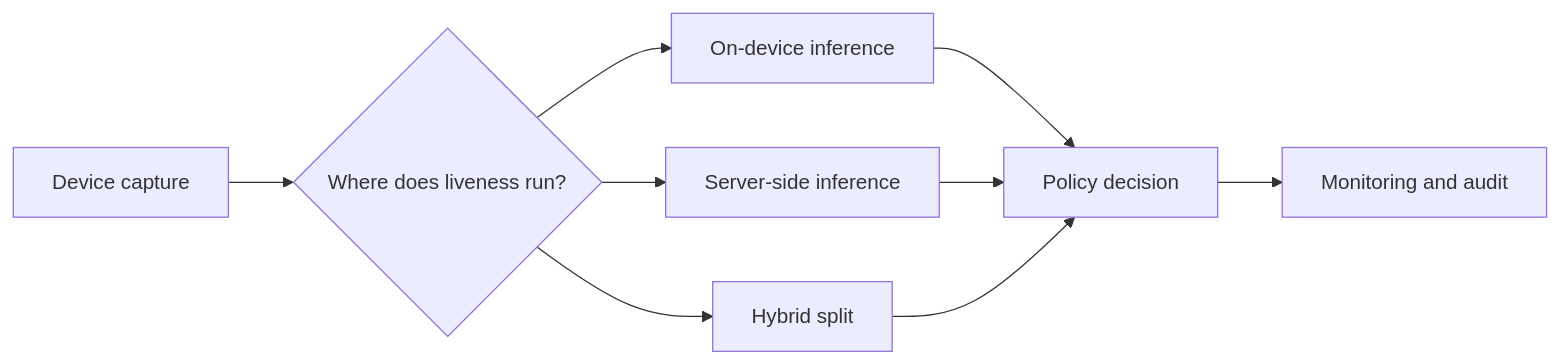
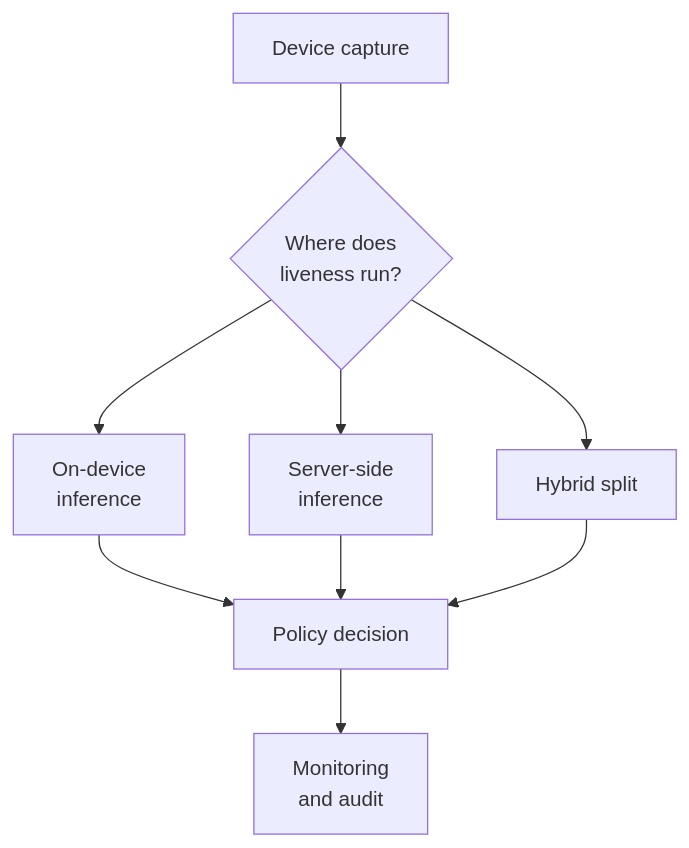
One commit to Nivratti/ekyc-face-liveness-playbook changed the diagram in docs/03-deployment-guide.md. Above: the diagram before and after it, drawn with Mermaid. The commit also changed 31 other files, not shown here.

Commit message:
docs: improve mermaid diagram readability by converting wide flows to vertical layouts

````diff
--- a/docs/03-deployment-guide.md
+++ b/docs/03-deployment-guide.md
@@ -80,11 +80,11 @@
 ```mermaid
-flowchart LR
-    A[Device capture] --> B{Where does liveness run?}
-    B --> C[On-device inference]
-    B --> D[Server-side inference]
+flowchart TB
+    A[Device capture] --> B{Where does<br/>liveness run?}
+    B --> C[On-device<br/>inference]
+    B --> D[Server-side<br/>inference]
     B --> E[Hybrid split]
     C --> F[Policy decision]
     D --> F
     E --> F
-    F --> G[Monitoring and audit]
+    F --> G[Monitoring<br/>and audit]
 ```
````
